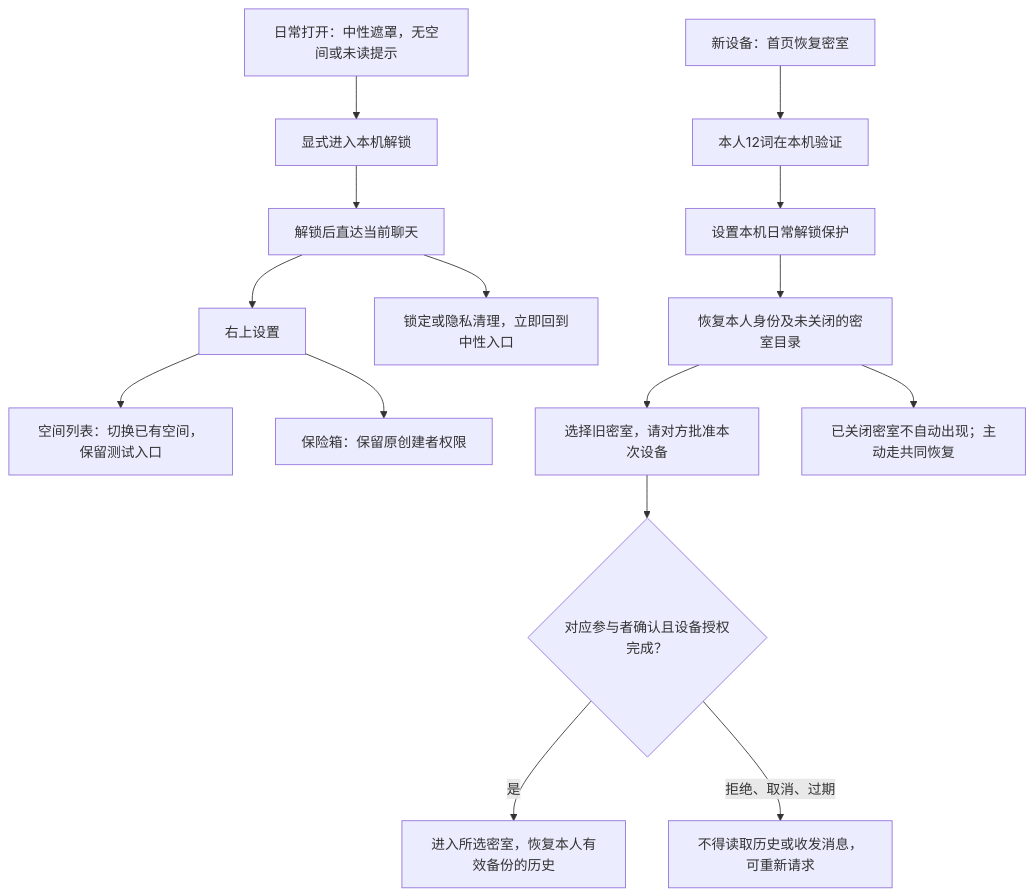
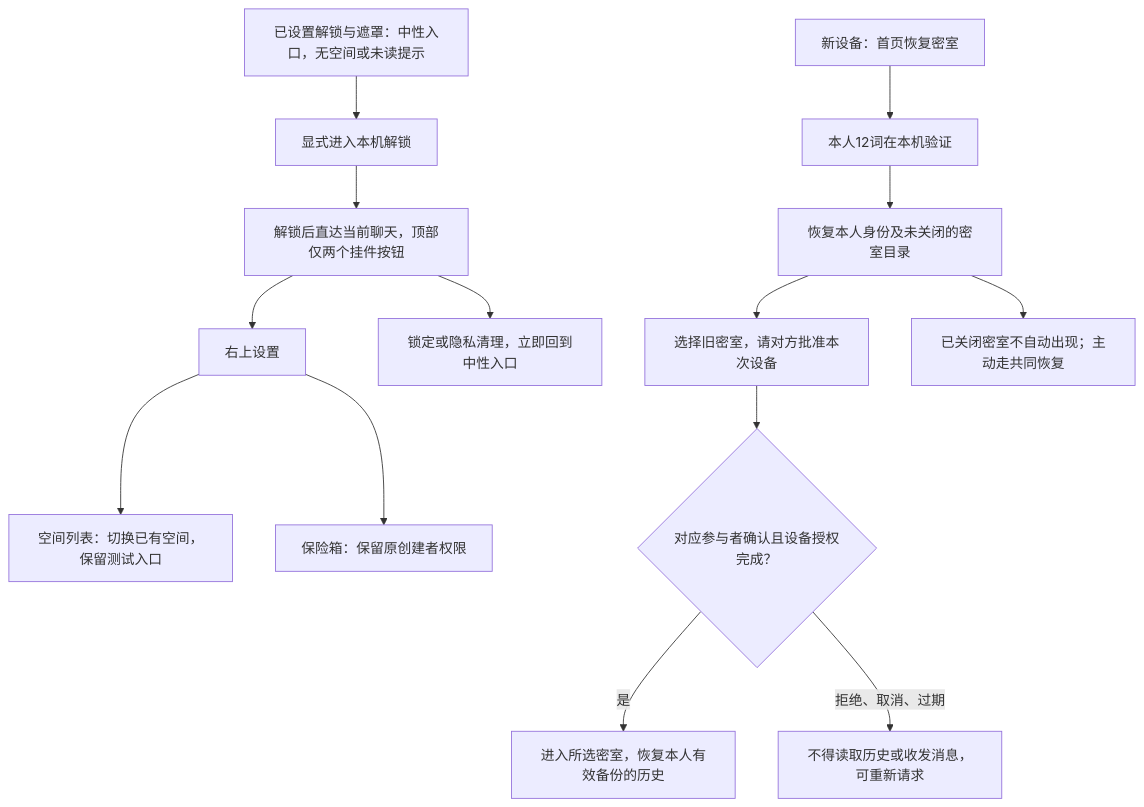
Before and after one commit to zdaiwmm/shui-IM: the second of 4 diagrams in docs/requirements/2026-10-16-personal-mnemonic-friends/flow.md, drawn with Mermaid. The commit also changed other lines of this file and 3 other files, not shown here.

````diff
--- a/docs/requirements/2026-10-16-personal-mnemonic-friends/flow.md
+++ b/docs/requirements/2026-10-16-personal-mnemonic-friends/flow.md
@@ -39,17 +47,16 @@
 ```mermaid
 flowchart TD
-  E[日常打开：中性遮罩，无空间或未读提示] --> U[显式进入本机解锁]
-  U --> M[解锁后直达当前聊天]
+  E[已设置解锁与遮罩：中性入口，无空间或未读提示] --> U[显式进入本机解锁]
+  U --> M[解锁后直达当前聊天，顶部仅两个挂件按钮]
   M --> S[右上设置]
   S --> LIST[空间列表：切换已有空间，保留测试入口]
   S --> SAFE[保险箱：保留原创建者权限]
   M --> LOCK[锁定或隐私清理，立即回到中性入口]
   N[新设备：首页恢复密室] --> WORDS[本人12词在本机验证]
-  WORDS --> PROTECT[设置本机日常解锁保护]
-  PROTECT --> DIR[恢复本人身份及未关闭的密室目录]
+  WORDS --> DIR[恢复本人身份及未关闭的密室目录]
   DIR --> REQ[选择旧密室，请对方批准本次设备]
   REQ --> OK{对应参与者确认且设备授权完成？}
   OK -->|是| HISTORY[进入所选密室，恢复本人有效备份的历史]
   OK -->|拒绝、取消、过期| NO[不得读取历史或收发消息，可重新请求]
   DIR --> CLOSED[已关闭密室不自动出现；主动走共同恢复]
 ```
````
